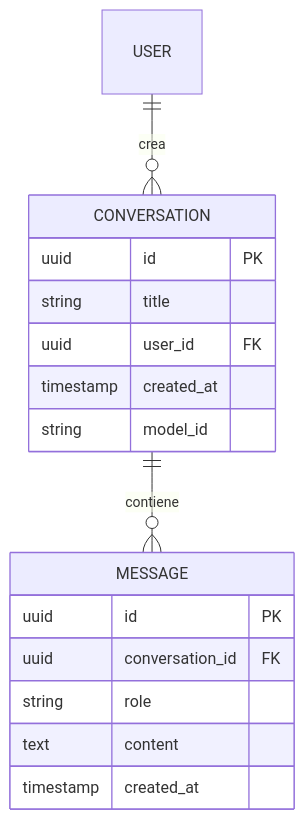
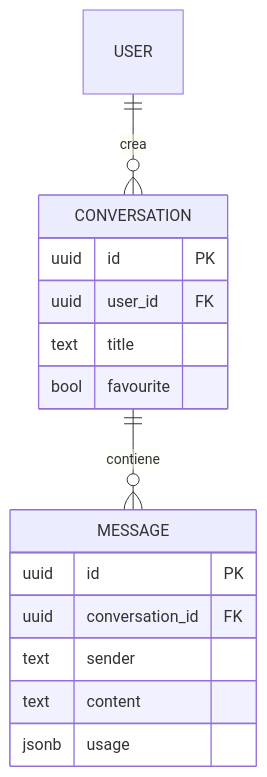
Before and after one commit to paparesta-007/progetto-maturita: the diagram in docs/05_gestione_conversazioni.md, drawn with Mermaid. The commit also changed other lines of this file and 33 other files, not shown here.

Commit message:
docs: refine architecture documentation, improve sidebar dark mode, and reorganize project support files

````diff
--- a/docs/05_gestione_conversazioni.md
+++ b/docs/05_gestione_conversazioni.md
@@ -15,21 +16,20 @@
 ```mermaid
 erDiagram
     USER ||--o{ CONVERSATION : "crea"
     CONVERSATION ||--o{ MESSAGE : "contiene"
     
     CONVERSATION {
         uuid id PK
-        string title
         uuid user_id FK
-        timestamp created_at
-        string model_id
+        text title
+        bool favourite
     }
     
     MESSAGE {
-        uuid id PK
+         uuid id PK
         uuid conversation_id FK
-        string role
+        text sender
         text content
-        timestamp created_at
+        jsonb usage
     }
 ```
````
